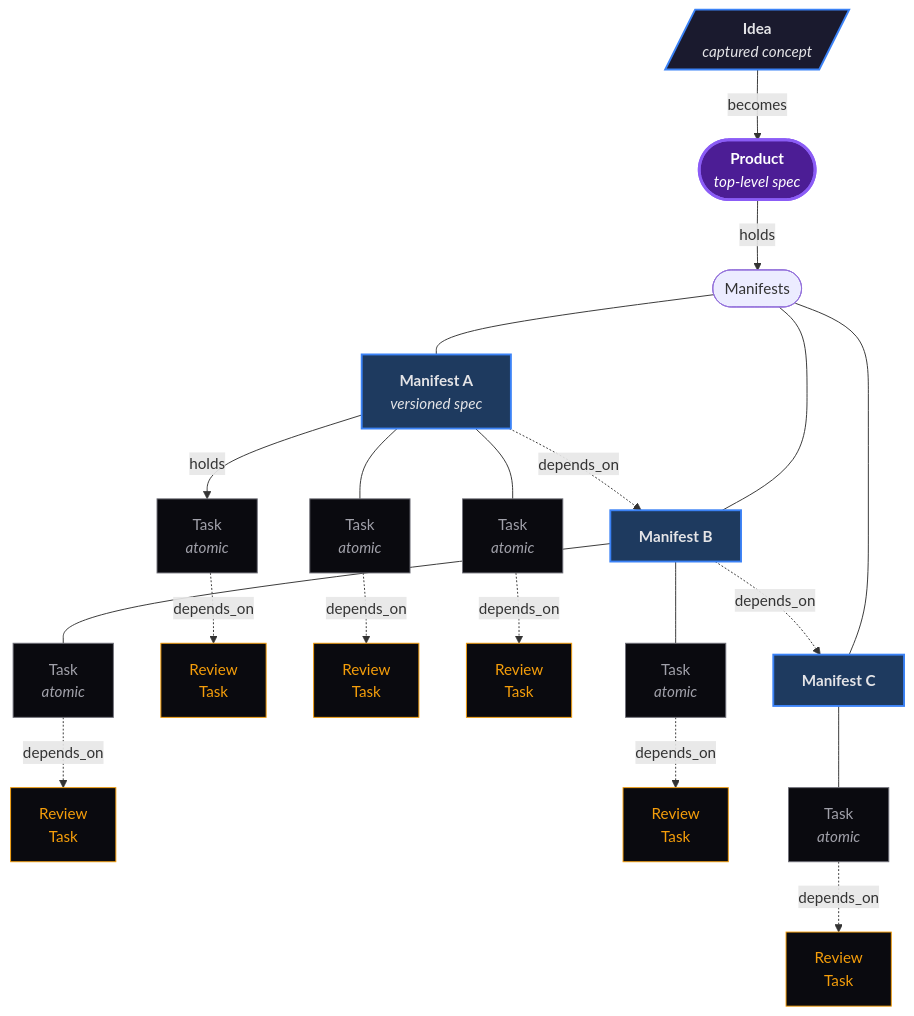
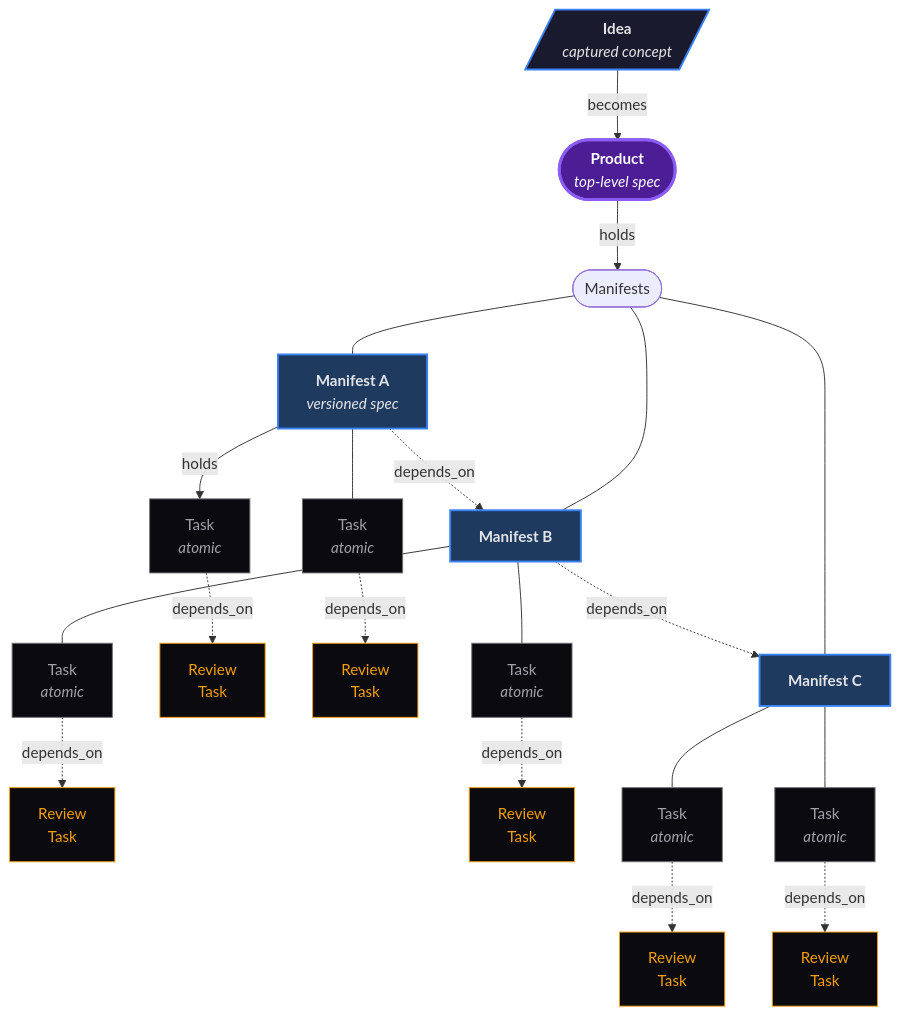
The first of 2 diagrams in README.md (k8nstantin/OpenPraxis), drawn with Mermaid before and after one commit.

Commit message:
docs(readme): symmetric 3x2 — 3 manifests × 2 tasks each, each task paired with a review
Previous distribution was 3+2+1 = 6 tasks, asymmetric. User asked
for a cleaner 3 × 2 layout. Now:
  Manifest A: 2 Tasks + 2 Review Tasks (chained)
  Manifest B: 2 Tasks + 2 Review Tasks (chained)
  Manifest C: 2 Tasks + 2 Review Tasks (chained)
  Total: 6 main Tasks, 6 Review Tasks — symmetric grapes.

````diff
--- a/README.md
+++ b/README.md
@@ -13,33 +13,33 @@
 ```mermaid
 flowchart TB
     Idea[/"<b>Idea</b><br/><i>captured concept</i>"/]:::idea -->|becomes| P
 
     P(["<b>Product</b><br/><i>top-level spec</i>"]):::product -->|holds| MH([Manifests])
 
     MH --- M1["<b>Manifest A</b><br/><i>versioned spec</i>"]:::manifest
     MH --- M2["<b>Manifest B</b>"]:::manifest
     MH --- M3["<b>Manifest C</b>"]:::manifest
     M1 -. depends_on .-> M2
     M2 -. depends_on .-> M3
 
     M1 -->|holds| T1a["Task<br/><i>atomic</i>"]:::task
     M1 --- T1b["Task<br/><i>atomic</i>"]:::task
-    M1 --- T1c["Task<br/><i>atomic</i>"]:::task
     T1a -. depends_on .-> R1a[Review<br/>Task]:::review
     T1b -. depends_on .-> R1b[Review<br/>Task]:::review
-    T1c -. depends_on .-> R1c[Review<br/>Task]:::review
 
     M2 --- T2a["Task<br/><i>atomic</i>"]:::task
     M2 --- T2b["Task<br/><i>atomic</i>"]:::task
     T2a -. depends_on .-> R2a[Review<br/>Task]:::review
     T2b -. depends_on .-> R2b[Review<br/>Task]:::review
 
     M3 --- T3a["Task<br/><i>atomic</i>"]:::task
+    M3 --- T3b["Task<br/><i>atomic</i>"]:::task
     T3a -. depends_on .-> R3a[Review<br/>Task]:::review
+    T3b -. depends_on .-> R3b[Review<br/>Task]:::review
 
     classDef idea fill:#1a1a2e,stroke:#3b82f6,stroke-width:2px,color:#e4e4e7
     classDef product fill:#4c1d95,stroke:#8b5cf6,stroke-width:3px,color:#fff
     classDef manifest fill:#1e3a5f,stroke:#3b82f6,stroke-width:2px,color:#e4e4e7
     classDef task fill:#0a0a0f,stroke:#71717a,color:#a1a1aa
     classDef review fill:#0a0a0f,stroke:#f59e0b,color:#f59e0b
 ```
````
